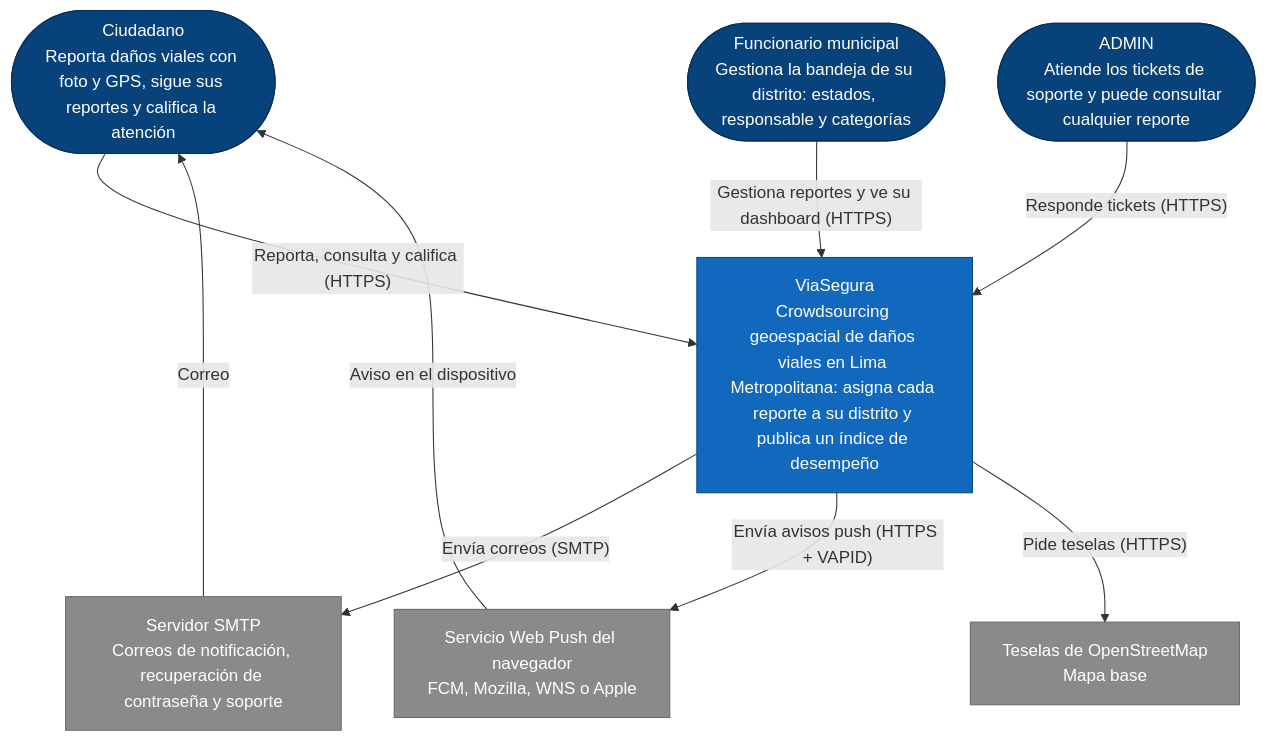
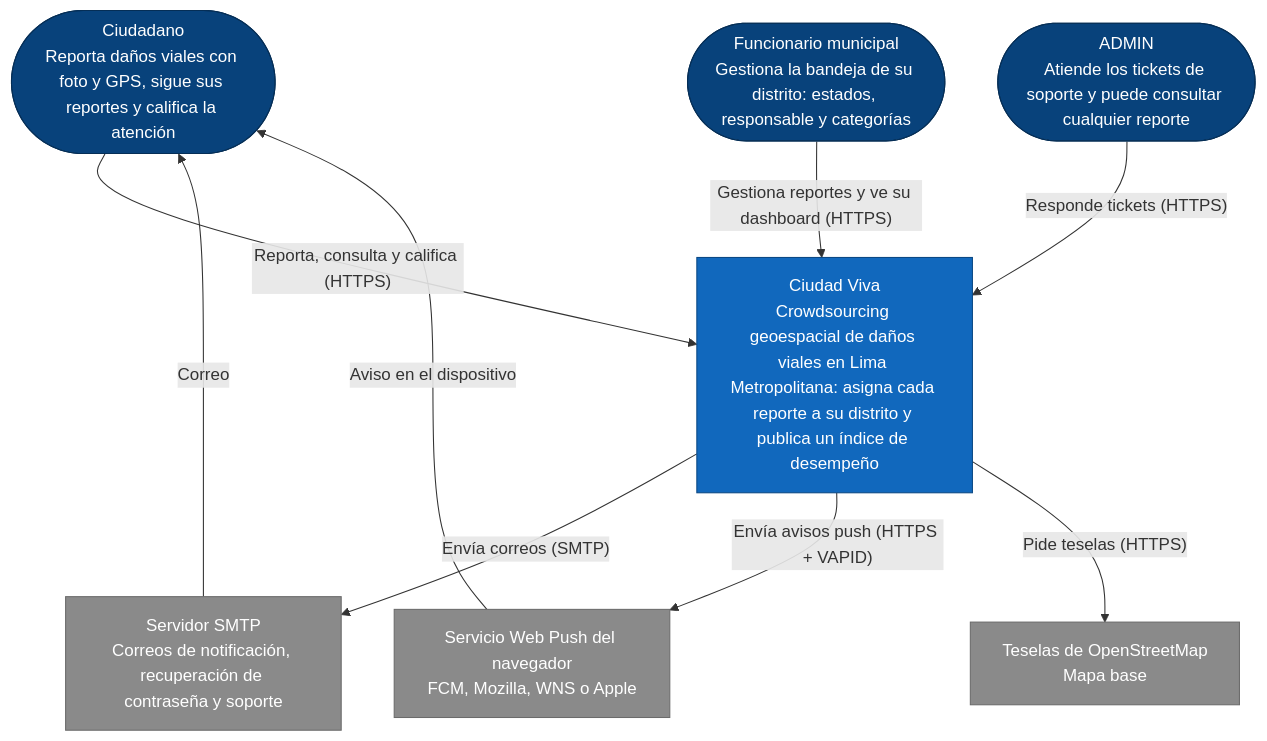
One commit to TP202620041/tesis changed the diagram in docs/arquitectura/c4-contexto.md. Above: the diagram before and after it, drawn with Mermaid. The commit also changed other lines of this file and 10 other files, not shown here.

Commit message:
DOC: marca Ciudad Viva en documentación raíz y texto legal (antes ViaSegura)

````diff
--- a/docs/arquitectura/c4-contexto.md
+++ b/docs/arquitectura/c4-contexto.md
@@ -5,28 +5,28 @@
 ```mermaid
 flowchart TB
   ciudadano(["Ciudadano<br/>Reporta daños viales con foto y GPS, sigue sus reportes y califica la atención"])
   funcionario(["Funcionario municipal<br/>Gestiona la bandeja de su distrito: estados, responsable y categorías"])
   admin(["ADMIN<br/>Atiende los tickets de soporte y puede consultar cualquier reporte"])
 
-  viasegura["ViaSegura<br/>Crowdsourcing geoespacial de daños viales en Lima Metropolitana: asigna cada reporte a su distrito y publica un índice de desempeño"]
+  viasegura["Ciudad Viva<br/>Crowdsourcing geoespacial de daños viales en Lima Metropolitana: asigna cada reporte a su distrito y publica un índice de desempeño"]
 
   smtp["Servidor SMTP<br/>Correos de notificación, recuperación de contraseña y soporte"]
   push["Servicio Web Push del navegador<br/>FCM, Mozilla, WNS o Apple"]
   osm["Teselas de OpenStreetMap<br/>Mapa base"]
 
   ciudadano -->|"Reporta, consulta y califica (HTTPS)"| viasegura
   funcionario -->|"Gestiona reportes y ve su dashboard (HTTPS)"| viasegura
   admin -->|"Responde tickets (HTTPS)"| viasegura
   viasegura -->|"Envía correos (SMTP)"| smtp
   viasegura -->|"Envía avisos push (HTTPS + VAPID)"| push
   viasegura -->|"Pide teselas (HTTPS)"| osm
   smtp -->|"Correo"| ciudadano
   push -->|"Aviso en el dispositivo"| ciudadano
 
   classDef persona fill:#08427b,stroke:#052e56,color:#ffffff
   classDef sistema fill:#1168bd,stroke:#0b4884,color:#ffffff
   classDef externo fill:#8a8a8a,stroke:#6b6b6b,color:#ffffff
   class ciudadano,funcionario,admin persona
   class viasegura sistema
   class smtp,push,osm externo
 ```
````
